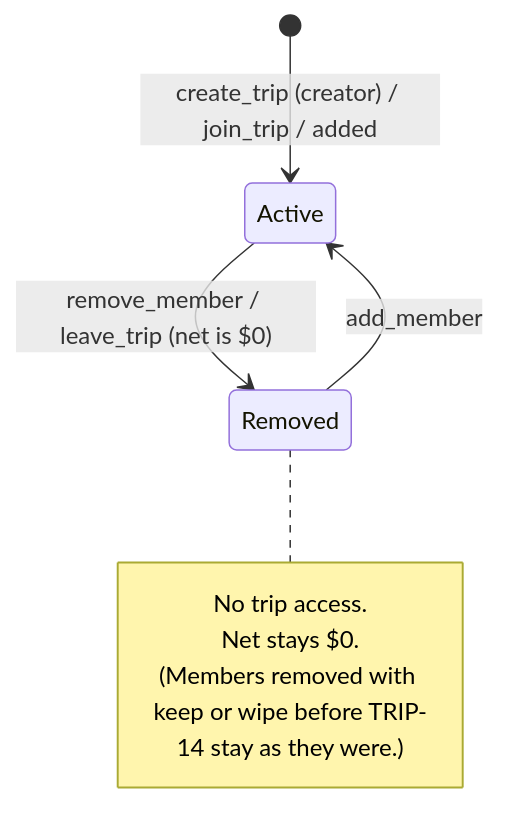
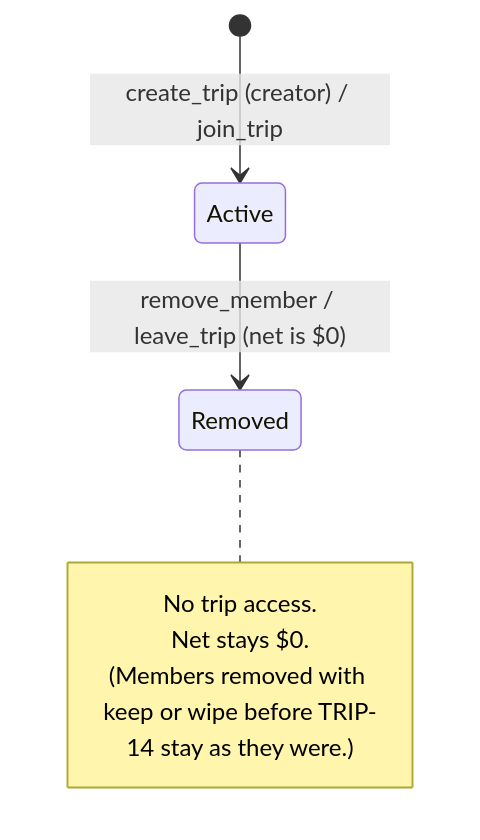
Before and after one commit to taytayrad/tripsplit-ios: the fifth of 6 diagrams in docs/flows.md, drawn with Mermaid. The commit also changed 15 other files, not shown here.

````diff
--- a/docs/flows.md
+++ b/docs/flows.md
@@ -110,7 +110,6 @@
 ```mermaid
 stateDiagram-v2
-    [*] --> Active: create_trip (creator) / join_trip / added
+    [*] --> Active: create_trip (creator) / join_trip
     Active --> Removed: remove_member / leave_trip (net is $0)
-    Removed --> Active: add_member
     note right of Removed: No trip access.<br/>Net stays $0.<br/>(Members removed with keep or wipe before TRIP-14 stay as they were.)
 ```
````
